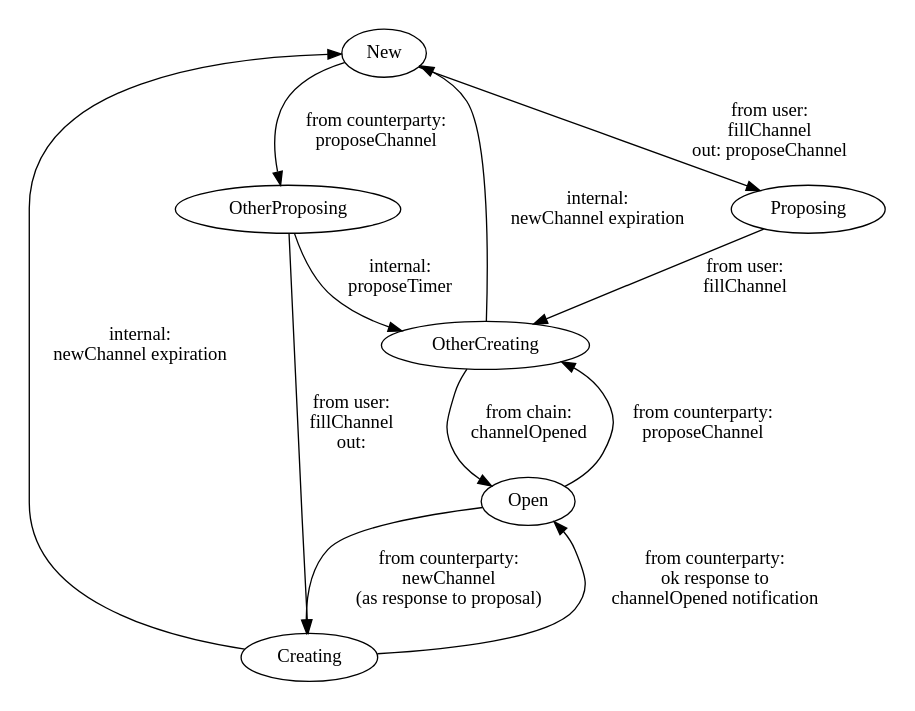
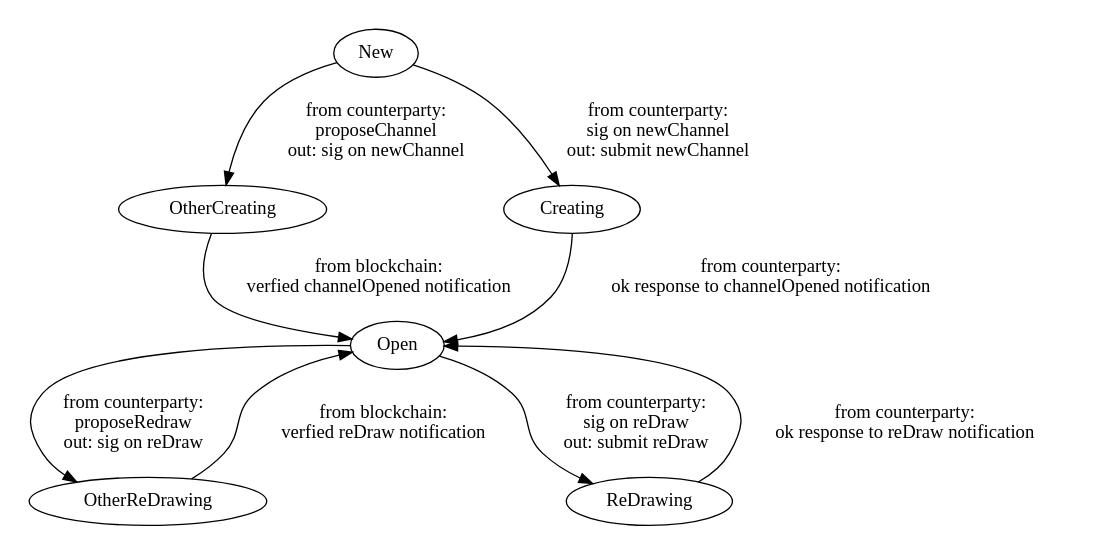
One commit to althea-net/guac_rs changed the diagram in docs/diagrams/src/state_machine.dot. Above: the diagram before and after it, drawn with Graphviz. The commit also changed 1 other file, not shown here.

Commit message:
new states in state machine diagram

```diff
--- a/docs/diagrams/src/state_machine.dot
+++ b/docs/diagrams/src/state_machine.dot
@@ -1,16 +1,23 @@
 // command to render: dot state_machine.dot -Tsvg -o state_machine.svg
 digraph G {
     pad=0.2
 
-    New -> Proposing [ label="from user:\nfillChannel\nout: proposeChannel" ];
-    New -> OtherProposing [ label="from counterparty:\nproposeChannel" ];
-    Proposing -> OtherCreating [ label="from user:\nfillChannel" ];
-    OtherProposing -> OtherCreating [ label="internal:\nproposeTimer" ];
-    OtherProposing -> Creating [ label="from user:\nfillChannel\nout: " ];
-    Creating -> Open [ label="from counterparty:\nok response to\nchannelOpened notification" ];
-    OtherCreating -> Open [ label="from chain:\nchannelOpened" ];
-    OtherCreating -> New [ label="internal:\nnewChannel expiration" ];
-    Creating -> New [ label="internal:\nnewChannel expiration" ];
-    Open -> OtherCreating [ label="from counterparty:\nproposeChannel" ];
-    Open -> Creating [ label="from counterparty:\nnewChannel\n(as response to proposal)" ];
+    New -> OtherCreating [ label="from counterparty:\nproposeChannel\nout: sig on newChannel" ];
+    New -> Creating [ label="from counterparty:\nsig on newChannel\nout: submit newChannel" ];
+    Creating -> Open [ label="from counterparty:\nok response to channelOpened notification" ];
+    OtherCreating -> Open [ label="from blockchain:\nverfied channelOpened notification" ];
+
+    Open -> OtherReDrawing [ label="from counterparty:\nproposeRedraw\nout: sig on reDraw" ];
+    Open -> ReDrawing [ label="from counterparty:\nsig on reDraw\nout: submit reDraw" ];
+    ReDrawing -> Open [ label="from counterparty:\nok response to reDraw notification" ];
+    OtherReDrawing -> Open [ label="from blockchain:\nverfied reDraw notification" ];
+
+    // New -> OtherProposing [ label="from counterparty:\nproposeChannel" ];
+    // Proposing -> OtherCreating [ label="from user:\nfillChannel" ];
+    // OtherProposing -> OtherCreating [ label="internal:\nproposeTimer" ];
+    // OtherProposing -> Creating [ label="from user:\nfillChannel\nout: " ];
+    // OtherCreating -> Open [ label="from chain:\nchannelOpened" ];
+    // OtherCreating -> New [ label="internal:\nnewChannel expiration" ];
+    // Creating -> New [ label="internal:\nnewChannel expiration" ];
+    // Open -> Creating [ label="from counterparty:\nnewChannel\n(as response to proposal)" ];
 }
```
